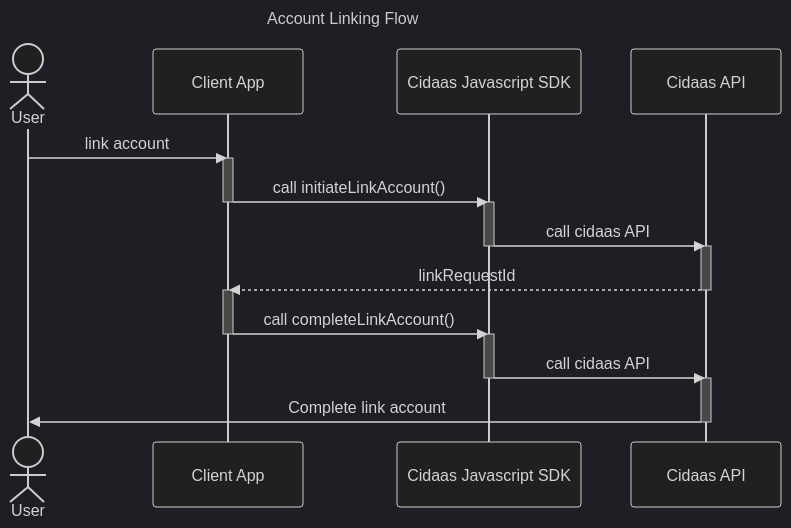
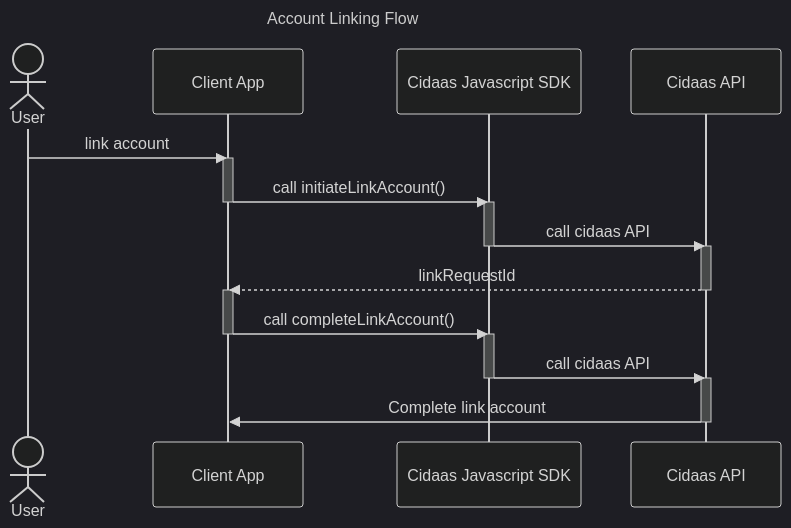
One commit to cidaas/cidaas-javascript-sdk changed the sixth of 6 diagrams in overview/user-management.md. Above: the diagram before and after it, drawn with Mermaid (dark theme). The commit also changed other lines of this file and 6 other files, not shown here.

````diff
--- a/overview/user-management.md
+++ b/overview/user-management.md
@@ -223,37 +223,37 @@
 ```mermaid
 ---
 title: Account Linking Flow
 ---
 sequenceDiagram
   Actor User
   participant ClientApp as Client App
   participant CidaasSDK as Cidaas Javascript SDK
   participant CidaasAPI as Cidaas API
 
 User ->> ClientApp: link account
 
 activate ClientApp
 ClientApp ->> CidaasSDK: call initiateLinkAccount()
 deactivate ClientApp
 
 activate CidaasSDK
 CidaasSDK ->> CidaasAPI: call cidaas API
 deactivate CidaasSDK
 
 activate CidaasAPI
 CidaasAPI -->> ClientApp: linkRequestId
 deactivate CidaasAPI
 
 activate ClientApp
 ClientApp ->> CidaasSDK: call completeLinkAccount()
 deactivate ClientApp
 
 activate CidaasSDK
 CidaasSDK ->> CidaasAPI: call cidaas API
 deactivate CidaasSDK
 
 activate CidaasAPI
-CidaasAPI ->> User: Complete link account
+CidaasAPI ->> ClientApp: Complete link account
 deactivate CidaasAPI
 
 ```
````
